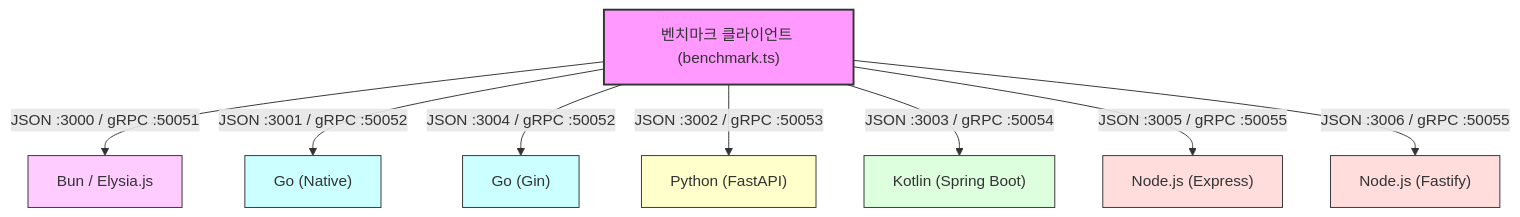
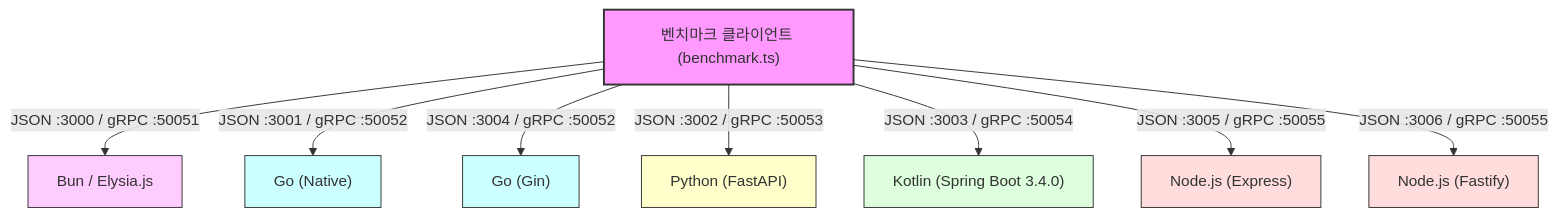
The diagram in docs/walkthrough.md (reha-design/json-vs-grpc-benchmark), drawn with Mermaid before and after one commit. The commit also changed other lines of this file and 2 other files, not shown here.

Commit message:
chore: upgrade Spring Boot to 3.4.0 and update benchmarks

````diff
--- a/docs/walkthrough.md
+++ b/docs/walkthrough.md
@@ -51,21 +51,21 @@
 ```mermaid
 graph TD
     Client["벤치마크 클라이언트 (benchmark.ts)"]
     
     Client -->|"JSON :3000 / gRPC :50051"| Bun["Bun / Elysia.js"]
     Client -->|"JSON :3001 / gRPC :50052"| GoNat["Go (Native)"]
     Client -->|"JSON :3004 / gRPC :50052"| GoGin["Go (Gin)"]
     Client -->|"JSON :3002 / gRPC :50053"| Py["Python (FastAPI)"]
-    Client -->|"JSON :3003 / gRPC :50054"| Kot["Kotlin (Spring Boot)"]
+    Client -->|"JSON :3003 / gRPC :50054"| Kot["Kotlin (Spring Boot 3.4.0)"]
     Client -->|"JSON :3005 / gRPC :50055"| Express["Node.js (Express)"]
     Client -->|"JSON :3006 / gRPC :50055"| Fastify["Node.js (Fastify)"]
 
     style Client fill:#f9f,stroke:#333,stroke-width:2px
     style Bun fill:#fcf,stroke:#333
     style GoNat fill:#cff,stroke:#333
     style GoGin fill:#cff,stroke:#333
     style Py fill:#ffc,stroke:#333
     style Kot fill:#dfd,stroke:#333
     style Express fill:#fdd,stroke:#333
     style Fastify fill:#fdd,stroke:#333
 ```
````
